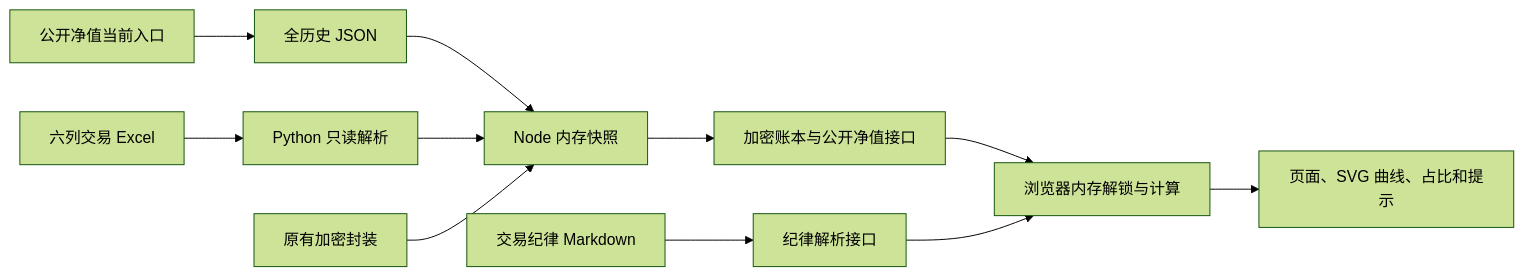
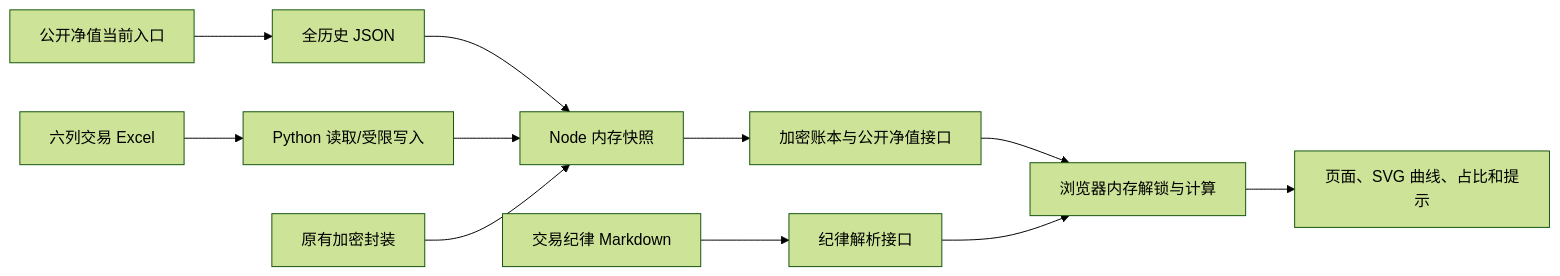
The diagram in fund-trade-web/项目开发与复现说明.md (oooo0h/Investment), drawn with Mermaid (forest theme) before and after one commit. The commit also changed other lines of this file and 221 other files, not shown here.

````diff
--- a/fund-trade-web/项目开发与复现说明.md
+++ b/fund-trade-web/项目开发与复现说明.md
@@ -142,13 +157,13 @@
 ```mermaid
 flowchart LR
   I[公开净值当前入口] --> N[全历史 JSON]
-  X[六列交易 Excel] --> P[Python 只读解析]
+  X[六列交易 Excel] --> P[Python 读取/受限写入]
   N --> S[Node 内存快照]
   P --> S
   K[原有加密封装] --> S
   D[交易纪律 Markdown] --> R[纪律解析接口]
   S --> E[加密账本与公开净值接口]
   E --> B[浏览器内存解锁与计算]
   R --> B
   B --> V[页面、SVG 曲线、占比和提示]
 ```
````
